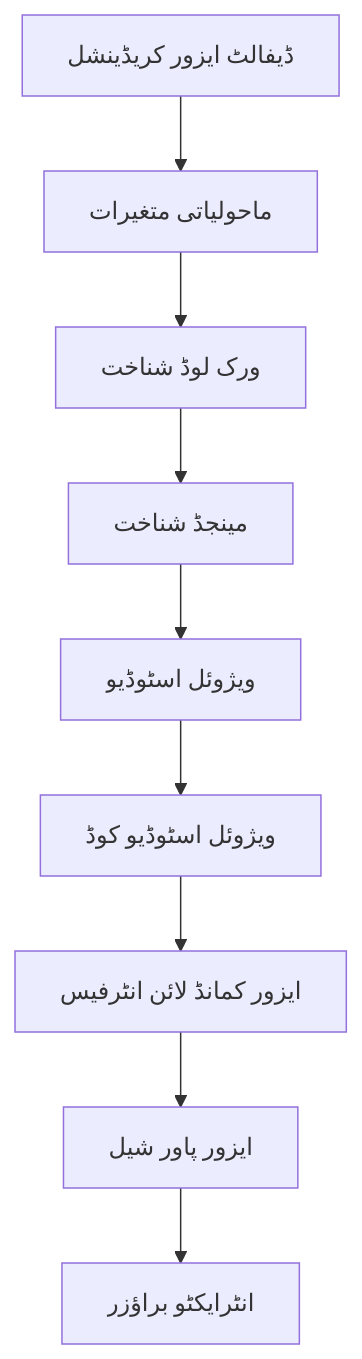
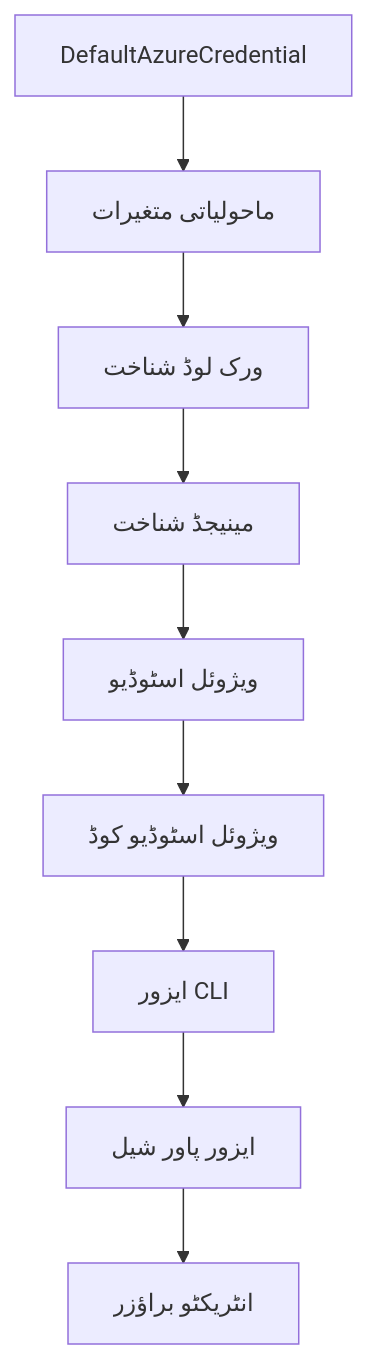
Before and after one commit to microsoft/AZD-for-beginners: the second of 2 diagrams in translations/ur/docs/chapter-01-foundation/azd-basics.md, drawn with Mermaid. The commit also changed other lines of this file and 104 other files, not shown here.

````diff
--- a/translations/ur/docs/chapter-01-foundation/azd-basics.md
+++ b/translations/ur/docs/chapter-01-foundation/azd-basics.md
@@ -593,11 +606,11 @@
 ```mermaid
 graph TD
-    A[ڈیفالٹ ایزور کریڈینشل] --> B[ماحولیاتی متغیرات]
+    A[DefaultAzureCredential] --> B[ماحولیاتی متغیرات]
     B --> C[ورک لوڈ شناخت]
-    C --> D[مینجڈ شناخت]
+    C --> D[مینیجڈ شناخت]
     D --> E[ویژوئل اسٹوڈیو]
     E --> F[ویژوئل اسٹوڈیو کوڈ]
-    F --> G[ایزور کمانڈ لائن انٹرفیس]
+    F --> G[ایزور CLI]
     G --> H[ایزور پاور شیل]
-    H --> I[انٹرایکٹو براؤزر]
+    H --> I[انٹریکٹو براؤزر]
 ```
````
